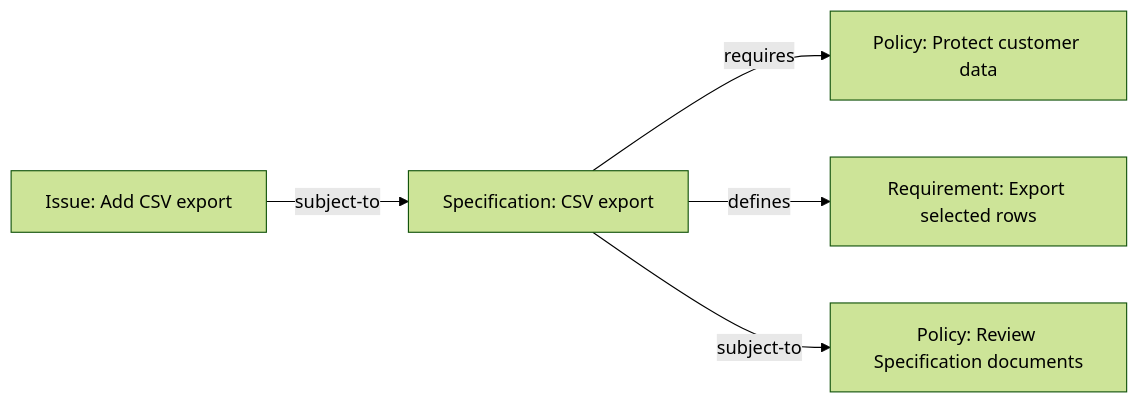
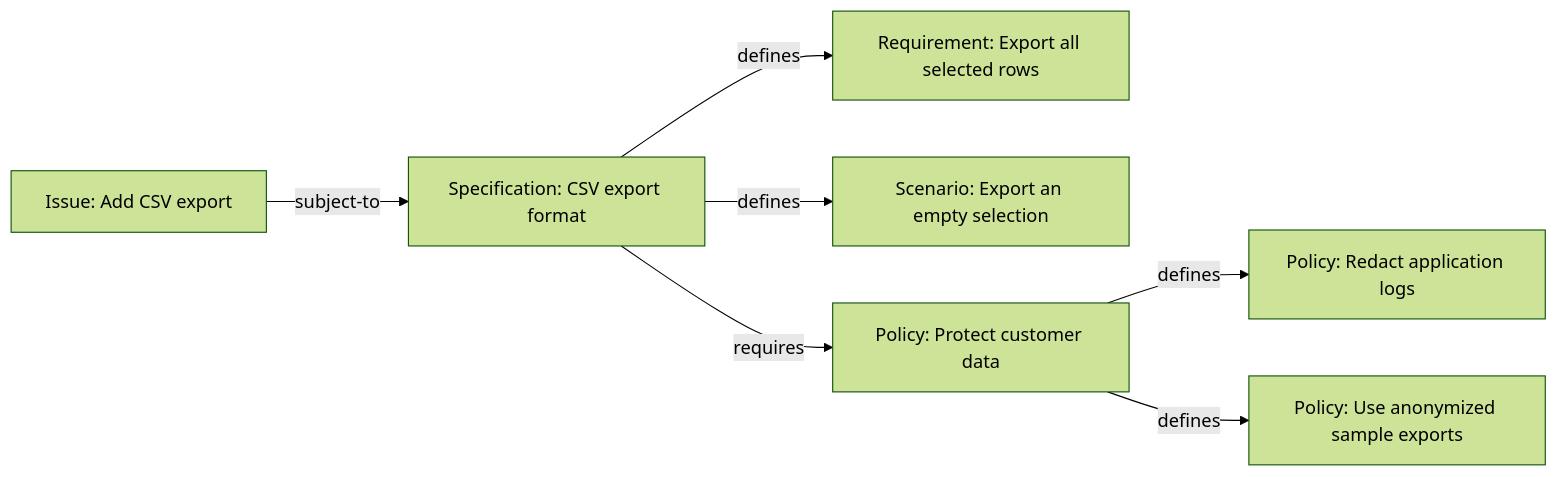
The third of 5 diagrams in specs/types/memory/memory.md (gastownhall/bdp), drawn with Mermaid (forest theme) before and after one commit. The commit also changed other lines of this file and 4 other files, not shown here.

````diff
--- a/specs/types/memory/memory.md
+++ b/specs/types/memory/memory.md
@@ -229,7 +91,9 @@
 ```mermaid
 flowchart LR
-    I["Issue: Add CSV export"] -->|subject-to| S["Specification: CSV export"]
+    I["Issue: Add CSV export"] -->|subject-to| S["Specification: CSV export format"]
+    S -->|defines| R["Requirement: Export all selected rows"]
+    S -->|defines| C["Scenario: Export an empty selection"]
     S -->|requires| P["Policy: Protect customer data"]
-    S -->|defines| R["Requirement: Export selected rows"]
-    S -->|subject-to| D["Policy: Review Specification documents"]
+    P -->|defines| L["Policy: Redact application logs"]
+    P -->|defines| E["Policy: Use anonymized sample exports"]
 ```
````
